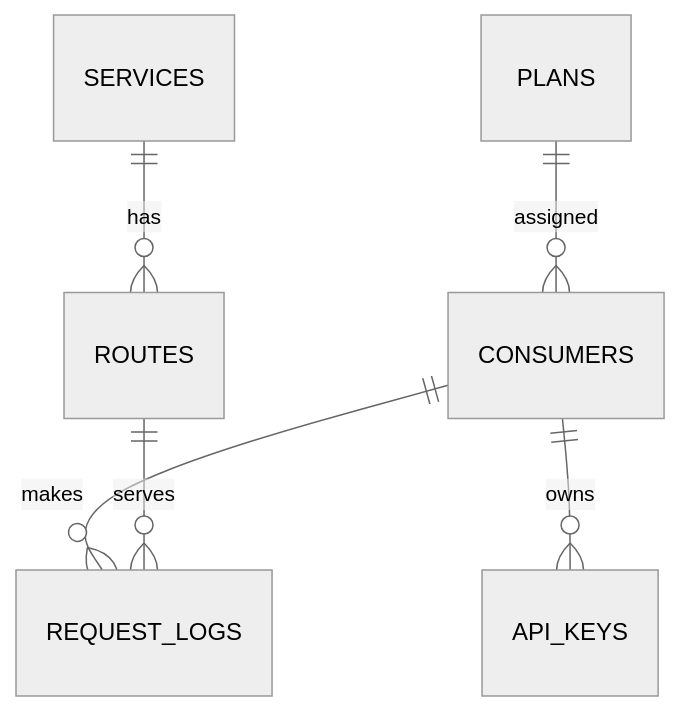
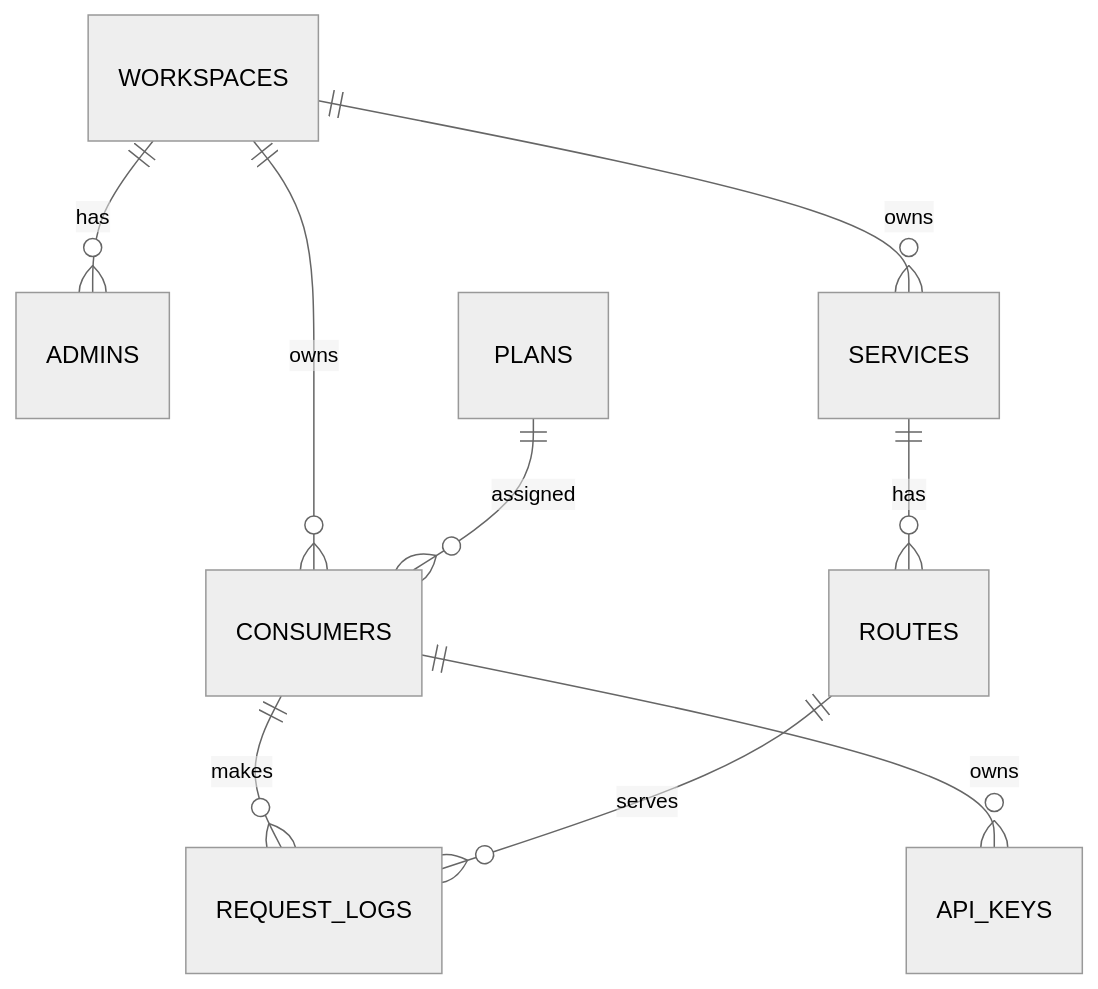
One commit to Ali-Odeh/API-Management-Platform changed the diagram in docs/PLAN.md. Above: the diagram before and after it, drawn with Mermaid (neutral theme). The commit also changed other lines of this file, not shown here.

````diff
--- a/docs/PLAN.md
+++ b/docs/PLAN.md
@@ -135,8 +139,11 @@
 ```mermaid
 erDiagram
+  WORKSPACES ||--o{ ADMINS : has
+  WORKSPACES ||--o{ SERVICES : owns
+  WORKSPACES ||--o{ CONSUMERS : owns
   SERVICES ||--o{ ROUTES : has
   CONSUMERS ||--o{ API_KEYS : owns
   PLANS ||--o{ CONSUMERS : assigned
   CONSUMERS ||--o{ REQUEST_LOGS : makes
   ROUTES ||--o{ REQUEST_LOGS : serves
 ```
````
